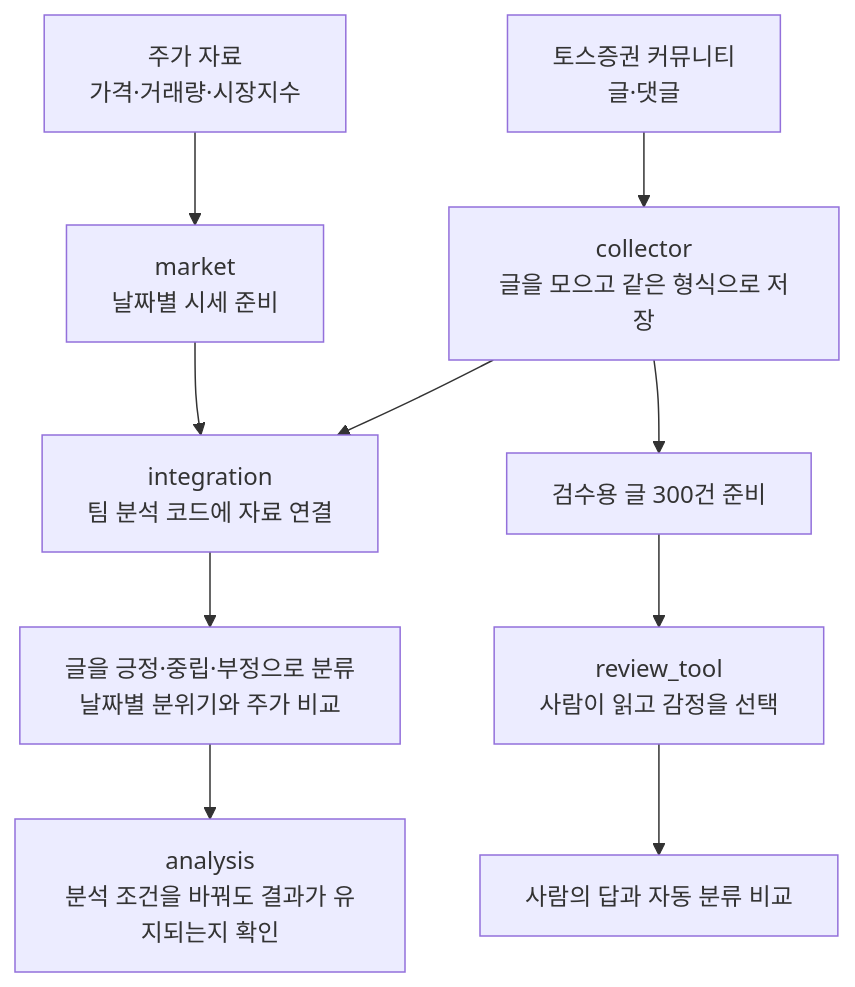
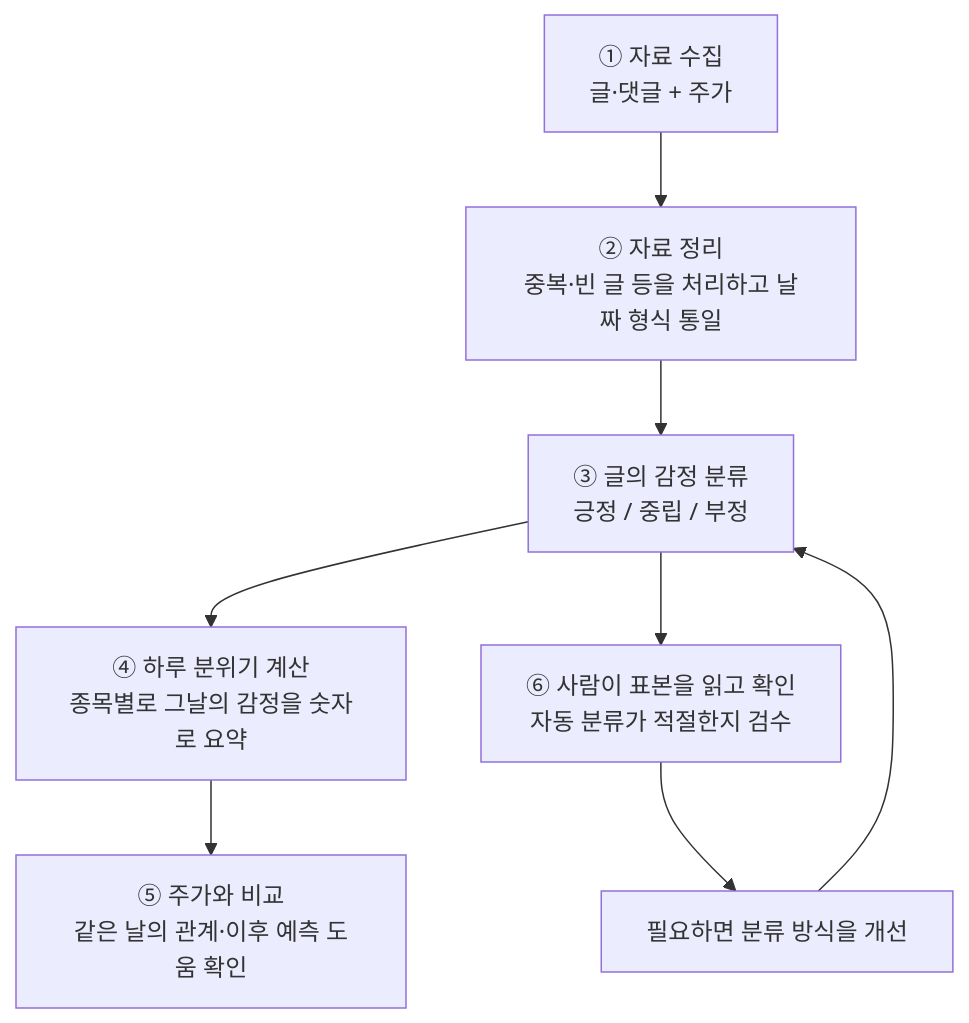
Before and after one commit to devCollegit/social_media_2026: the second of 4 diagrams in 김정기/README.md, drawn with Mermaid. The commit also changed other lines of this file and 1 other file, not shown here.

````diff
--- a/김정기/README.md
+++ b/김정기/README.md
@@ -11,12 +37,10 @@
 ```mermaid
 flowchart TD
-    A["토스증권 커뮤니티<br/>글·댓글"] --> C["collector<br/>글을 모으고 같은 형식으로 저장"]
-    B["주가 자료<br/>가격·거래량·시장지수"] --> D["market<br/>날짜별 시세 준비"]
-    C --> E["integration<br/>팀 분석 코드에 자료 연결"]
-    D --> E
-    E --> F["글을 긍정·중립·부정으로 분류<br/>날짜별 분위기와 주가 비교"]
-    F --> G["analysis<br/>분석 조건을 바꿔도 결과가 유지되는지 확인"]
-    C --> H["검수용 글 300건 준비"]
-    H --> I["review_tool<br/>사람이 읽고 감정을 선택"]
-    I --> J["사람의 답과 자동 분류 비교"]
+    A["① 자료 수집<br/>글·댓글 + 주가"] --> B["② 자료 정리<br/>중복·빈 글 등을 처리하고 날짜 형식 통일"]
+    B --> C["③ 글의 감정 분류<br/>긍정 / 중립 / 부정"]
+    C --> D["④ 하루 분위기 계산<br/>종목별로 그날의 감정을 숫자로 요약"]
+    D --> E["⑤ 주가와 비교<br/>같은 날의 관계·이후 예측 도움 확인"]
+    C --> F["⑥ 사람이 표본을 읽고 확인<br/>자동 분류가 적절한지 검수"]
+    F --> G["필요하면 분류 방식을 개선"]
+    G --> C
 ```
````
